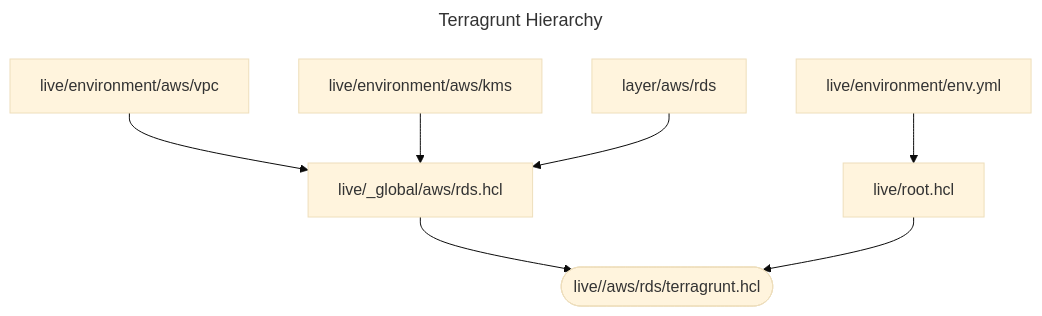
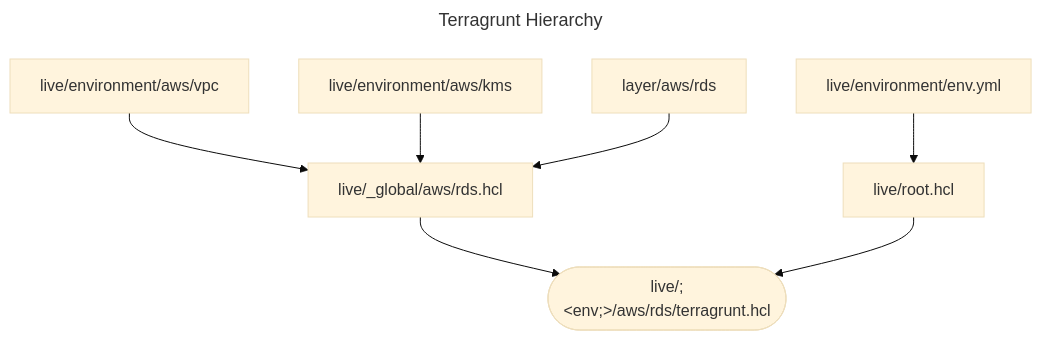
The diagram in poc-terragrunt/README.md (tkreque/poc), drawn with Mermaid (base theme) before and after one commit.

Commit message:
Improved the solution to avoid repetition on the Terragrunt configuration (Fixed README)

````diff
--- a/poc-terragrunt/README.md
+++ b/poc-terragrunt/README.md
@@ -75,14 +75,14 @@
 ```mermaid
 ---
 title: Terragrunt Hierarchy
 config:
   width: 400
 ---
 graph TD;
-  B["live/_global/aws/rds.hcl"] --> A(["live/<env>/aws/rds/terragrunt.hcl"]);
+  B["live/_global/aws/rds.hcl"] --> A(["live/;&lt;env;&gt;/aws/rds/terragrunt.hcl"]);
   C["live/root.hcl"] --> A;
   D["live/environment/aws/vpc"] --> B;
   E["live/environment/aws/kms"] --> B;
   F["layer/aws/rds"] --> B;
   G["live/environment/env.yml"] --> C;
 ```
````
